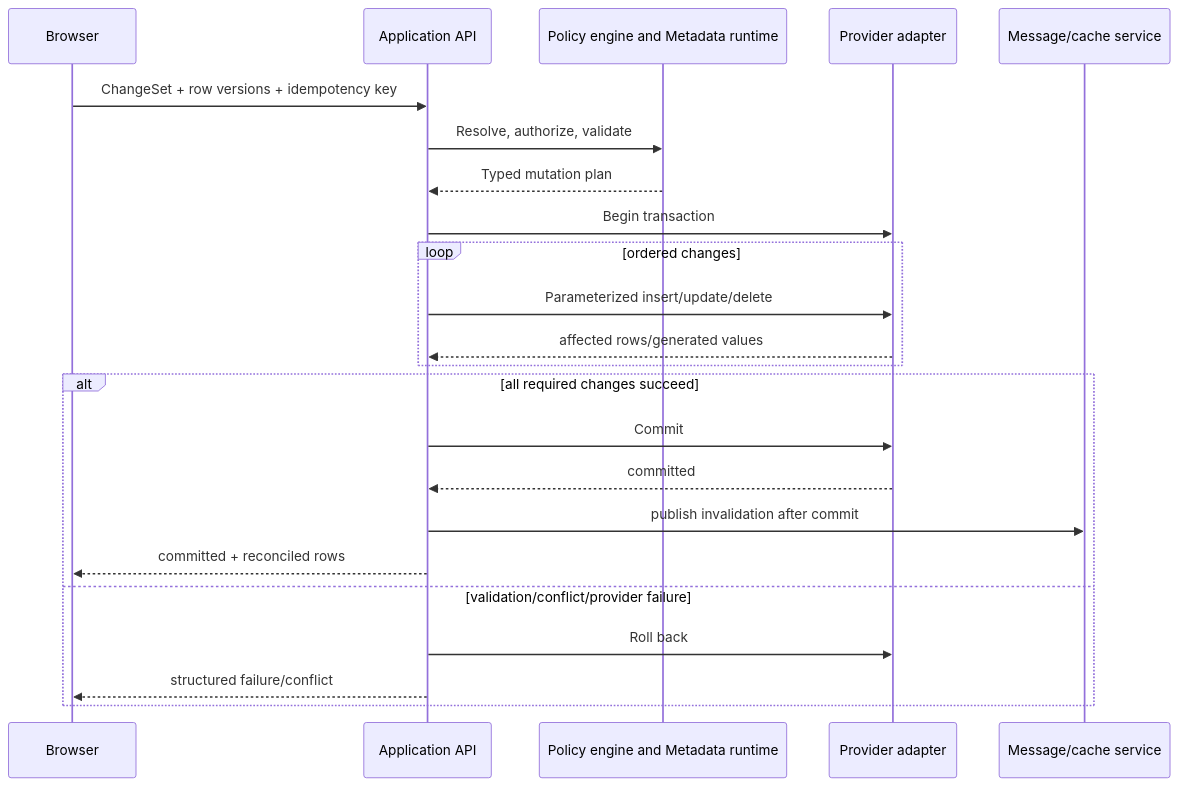
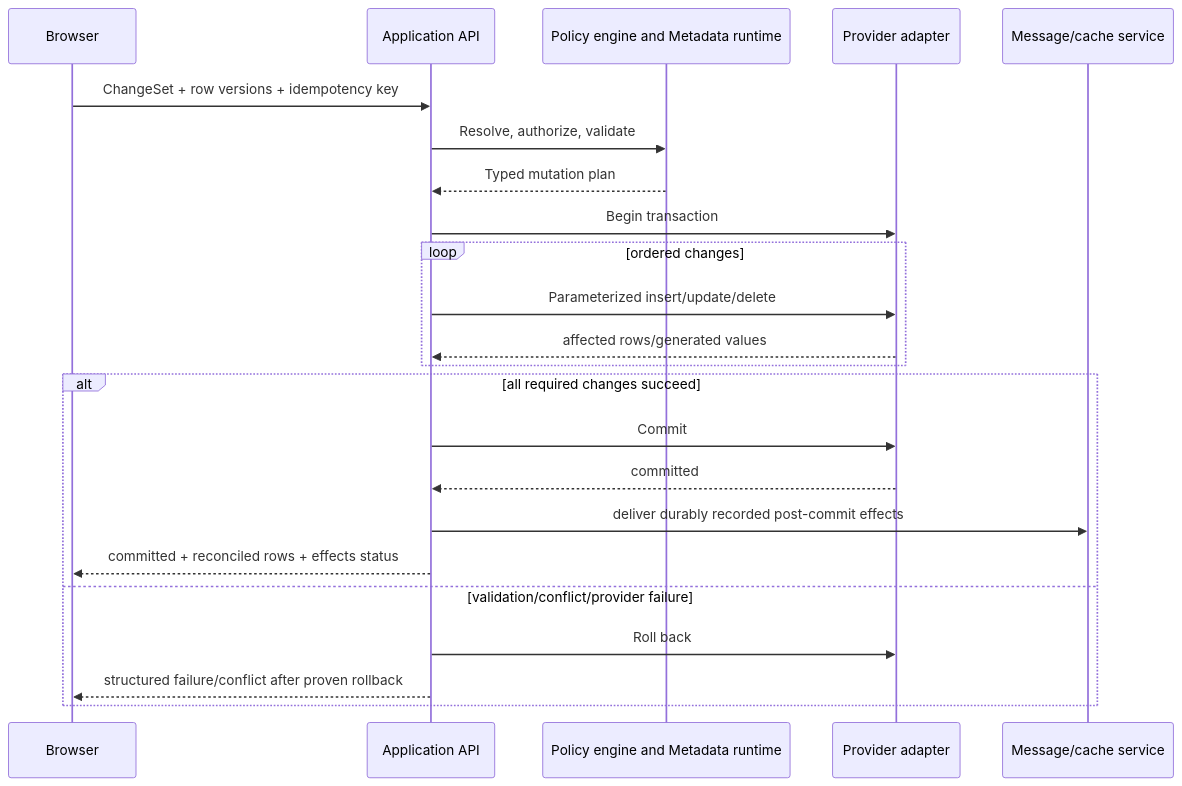
One commit to mraysmit/annper changed the fifth of 6 diagrams in docs/MODERN_WEB_SYSTEM_DESIGN.md. Above: the diagram before and after it, drawn with Mermaid. The commit also changed other lines of this file and 6 other files, not shown here.

````diff
--- a/docs/MODERN_WEB_SYSTEM_DESIGN.md
+++ b/docs/MODERN_WEB_SYSTEM_DESIGN.md
@@ -1146,26 +1236,26 @@
 ```mermaid
 sequenceDiagram
     participant B as Browser
     participant A as Application API
     participant P as Policy engine and Metadata runtime
     participant D as Provider adapter
     participant M as Message/cache service
 
     B->>A: ChangeSet + row versions + idempotency key
     A->>P: Resolve, authorize, validate
     P-->>A: Typed mutation plan
     A->>D: Begin transaction
     loop ordered changes
         A->>D: Parameterized insert/update/delete
         D-->>A: affected rows/generated values
     end
     alt all required changes succeed
         A->>D: Commit
         D-->>A: committed
-        A->>M: publish invalidation after commit
-        A-->>B: committed + reconciled rows
+        A->>M: deliver durably recorded post-commit effects
+        A-->>B: committed + reconciled rows + effects status
     else validation/conflict/provider failure
         A->>D: Roll back
-        A-->>B: structured failure/conflict
+        A-->>B: structured failure/conflict after proven rollback
     end
 ```
````
